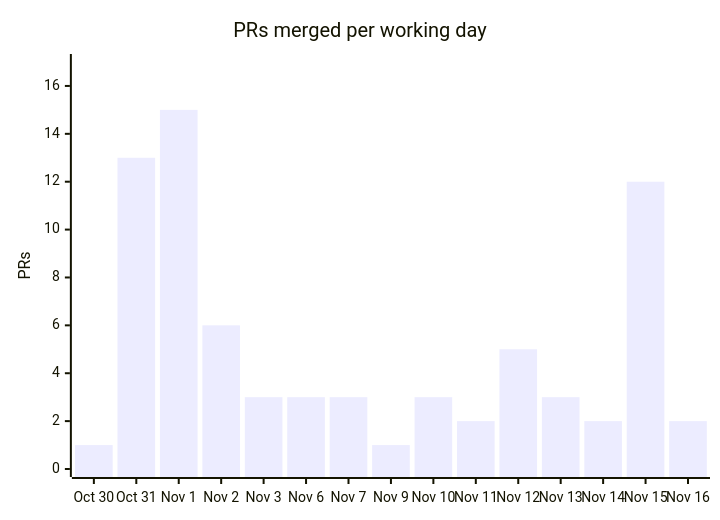
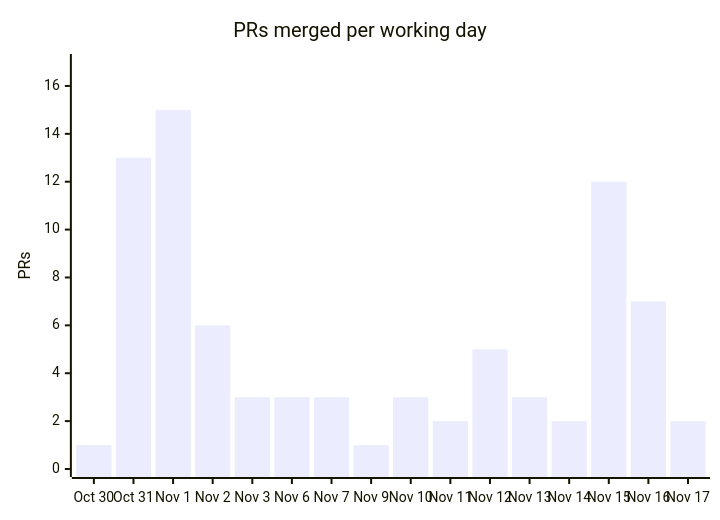
Before and after one commit to cmprssd/nfsh: the fourth of 4 diagrams in docs/OVERVIEW.md, drawn with Mermaid. The commit also changed other lines of this file, not shown here.

````diff
--- a/docs/OVERVIEW.md
+++ b/docs/OVERVIEW.md
@@ -143,7 +143,7 @@
 ```mermaid
 xychart-beta
     title "PRs merged per working day"
-    x-axis ["Oct 30", "Oct 31", "Nov 1", "Nov 2", "Nov 3", "Nov 6", "Nov 7", "Nov 9", "Nov 10", "Nov 11", "Nov 12", "Nov 13", "Nov 14", "Nov 15", "Nov 16"]
+    x-axis ["Oct 30", "Oct 31", "Nov 1", "Nov 2", "Nov 3", "Nov 6", "Nov 7", "Nov 9", "Nov 10", "Nov 11", "Nov 12", "Nov 13", "Nov 14", "Nov 15", "Nov 16", "Nov 17"]
     y-axis "PRs" 0 --> 17
-    bar [1, 13, 15, 6, 3, 3, 3, 1, 3, 2, 5, 3, 2, 12, 2]
+    bar [1, 13, 15, 6, 3, 3, 3, 1, 3, 2, 5, 3, 2, 12, 7, 2]
 ```
````
